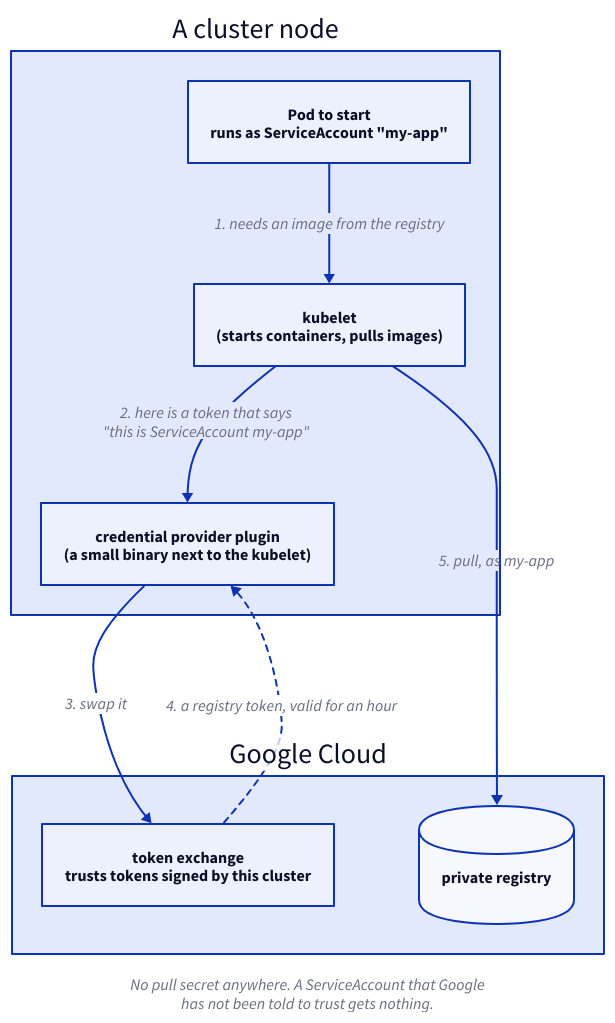
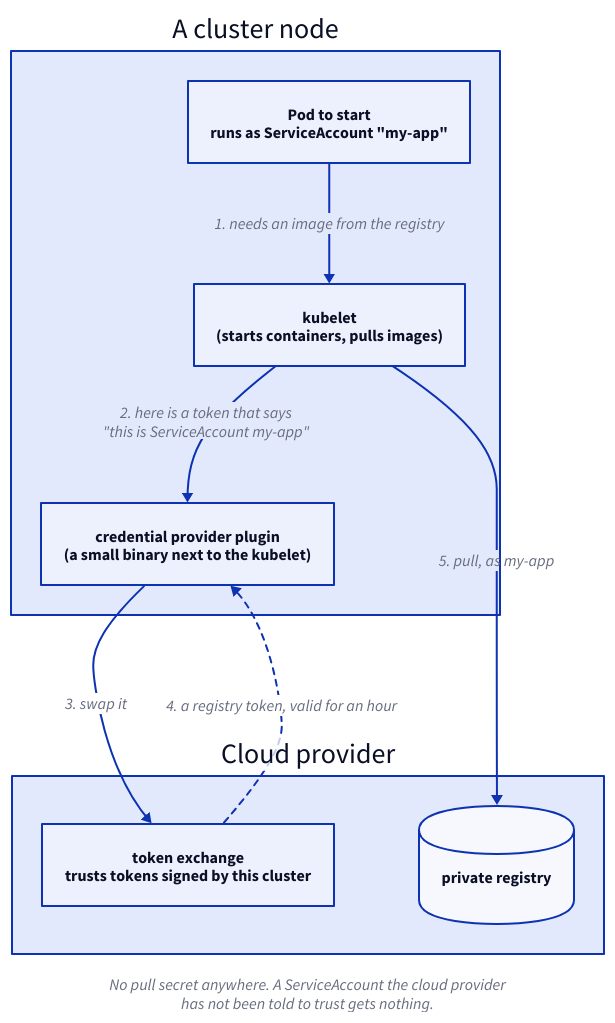
Before and after one commit to dlouwers/dlouwers.github.io: the diagram in src/diagrams/secret-free-image-pull.d2, drawn with D2. The commit also changed 6 other files, not shown here.

```diff
--- a/src/diagrams/secret-free-image-pull.d2
+++ b/src/diagrams/secret-free-image-pull.d2
@@ -1,28 +1,28 @@
 direction: down
 
 node: "A cluster node" {
   pod: "Pod to start\nruns as ServiceAccount \"my-app\""
   kubelet: "kubelet\n(starts containers, pulls images)"
   plugin: "credential provider plugin\n(a small binary next to the kubelet)"
 }
 
-google: "Google Cloud" {
+google: "Cloud provider" {
   sts: "token exchange\ntrusts tokens signed by this cluster"
   reg: "private registry" {
     shape: cylinder
   }
 }
 
 node.pod -> node.kubelet: "1. needs an image from the registry"
 node.kubelet -> node.plugin: "2. here is a token that says\n\"this is ServiceAccount my-app\""
 node.plugin -> google.sts: "3. swap it"
 google.sts -> node.plugin: "4. a registry token, valid for an hour" {
   style.stroke-dash: 3
 }
 node.kubelet -> google.reg: "5. pull, as my-app"
 
-note: "No pull secret anywhere. A ServiceAccount that Google\nhas not been told to trust gets nothing." {
+note: "No pull secret anywhere. A ServiceAccount the cloud provider\nhas not been told to trust gets nothing." {
   shape: text
   near: bottom-center
   style.italic: true
 }
```
